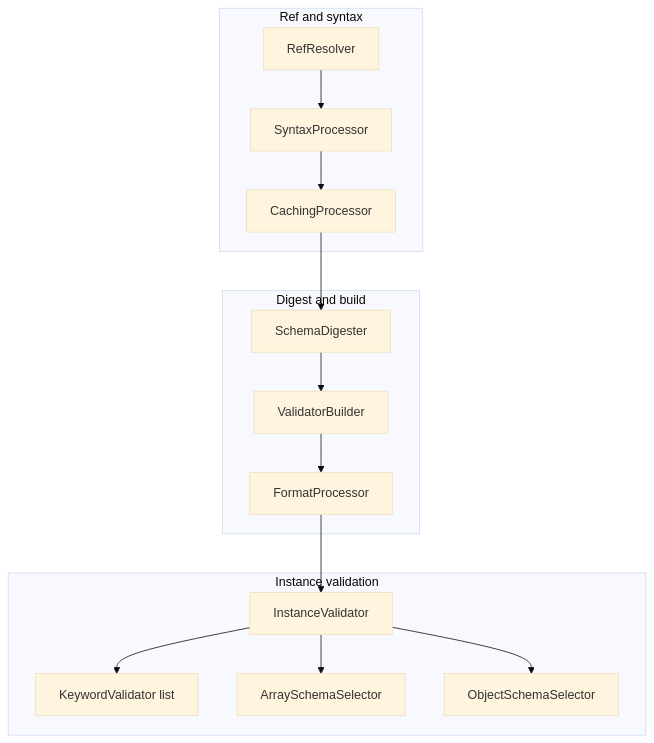
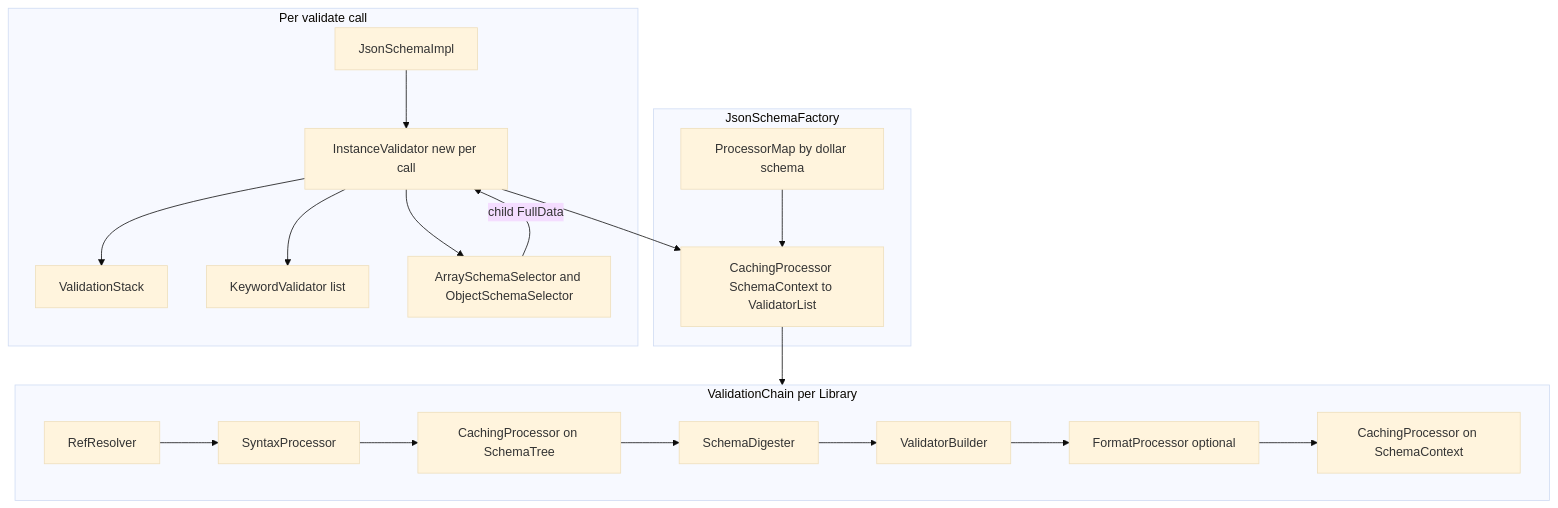
The second of 2 diagrams in research/reports/java/java-json-tools-json-schema-validator.md (goddtriffin/json-schema-rs), drawn with Mermaid (base theme) before and after one commit. The commit also changed other lines of this file and 51 other files, not shown here.

````diff
--- a/research/reports/java/java-json-tools-json-schema-validator.md
+++ b/research/reports/java/java-json-tools-json-schema-validator.md
@@ -98,28 +104,33 @@
 ```mermaid
 flowchart TB
-  subgraph refAndSyntax [Ref and syntax]
+  subgraph factory [JsonSchemaFactory]
+    ProcessorMap[ProcessorMap by dollar schema]
+    OuterCache[CachingProcessor SchemaContext to ValidatorList]
+    ProcessorMap --> OuterCache
+  end
+  subgraph chain [ValidationChain per Library]
     RefResolver[RefResolver]
     SyntaxProcessor[SyntaxProcessor]
-    CachingResolver[CachingProcessor]
-    RefResolver --> SyntaxProcessor
-    SyntaxProcessor --> CachingResolver
-  end
-  subgraph digestAndBuild [Digest and build]
+    ResolverCache[CachingProcessor on SchemaTree]
     SchemaDigester[SchemaDigester]
     ValidatorBuilder[ValidatorBuilder]
-    FormatProcessor[FormatProcessor]
-    SchemaDigester --> ValidatorBuilder
-    ValidatorBuilder --> FormatProcessor
+    FormatProcessor[FormatProcessor optional]
+    BuilderCache[CachingProcessor on SchemaContext]
+    RefResolver --> SyntaxProcessor --> ResolverCache
+    ResolverCache --> SchemaDigester --> ValidatorBuilder --> FormatProcessor --> BuilderCache
   end
-  subgraph instanceValidation [Instance validation]
-    InstanceValidator[InstanceValidator]
+  subgraph run [Per validate call]
+    JsonSchemaImpl[JsonSchemaImpl]
+    InstanceValidator[InstanceValidator new per call]
+    ValidationStack[ValidationStack]
     KeywordValidators[KeywordValidator list]
-    ArraySchemaSelector[ArraySchemaSelector]
-    ObjectSchemaSelector[ObjectSchemaSelector]
+    Selectors[ArraySchemaSelector and ObjectSchemaSelector]
+    JsonSchemaImpl --> InstanceValidator
+    InstanceValidator --> ValidationStack
     InstanceValidator --> KeywordValidators
-    InstanceValidator --> ArraySchemaSelector
-    InstanceValidator --> ObjectSchemaSelector
+    InstanceValidator --> Selectors
+    Selectors -->|child FullData| InstanceValidator
   end
-  CachingResolver --> SchemaDigester
-  FormatProcessor --> InstanceValidator
+  InstanceValidator --> OuterCache
+  OuterCache --> chain
 ```
````
